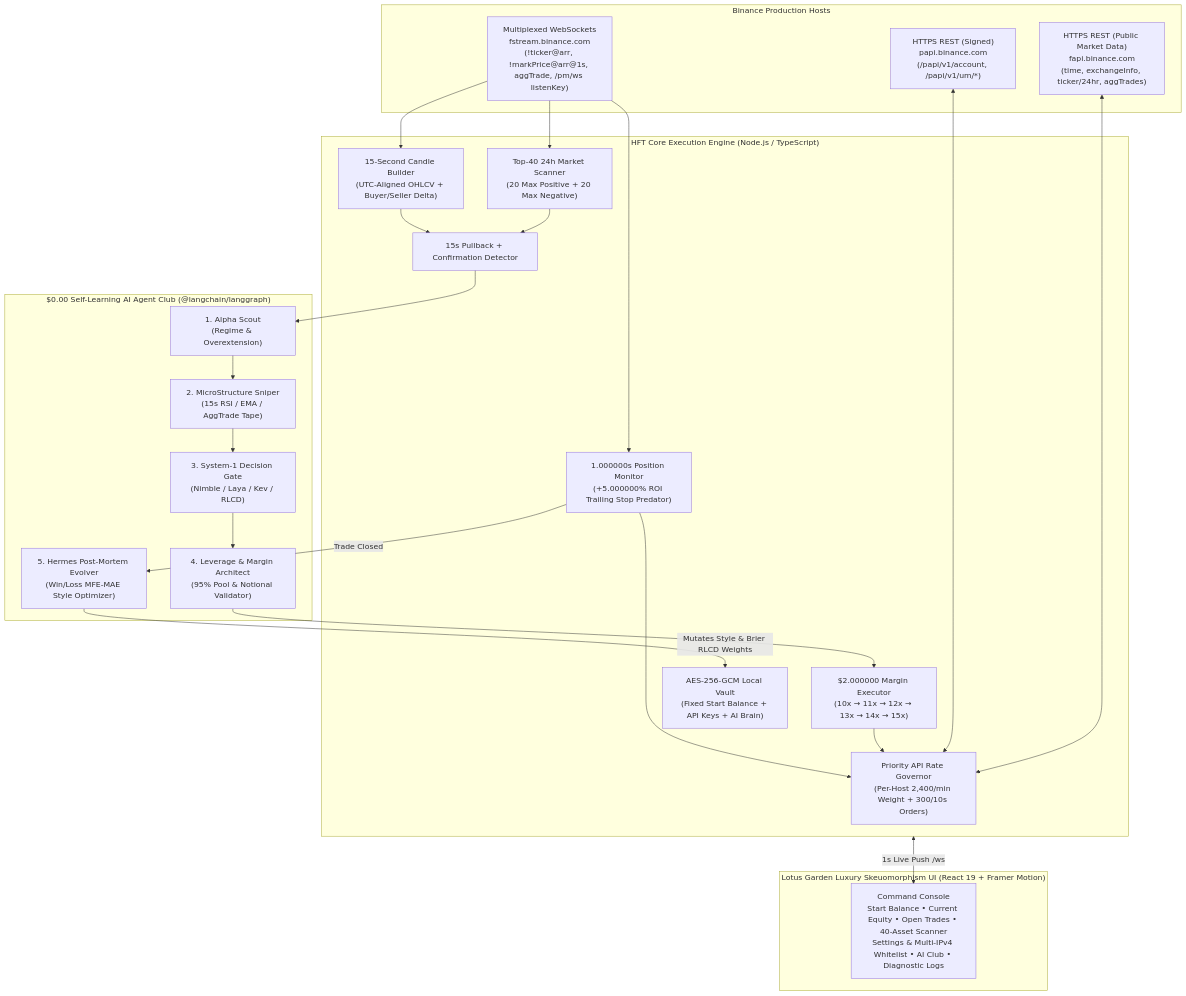
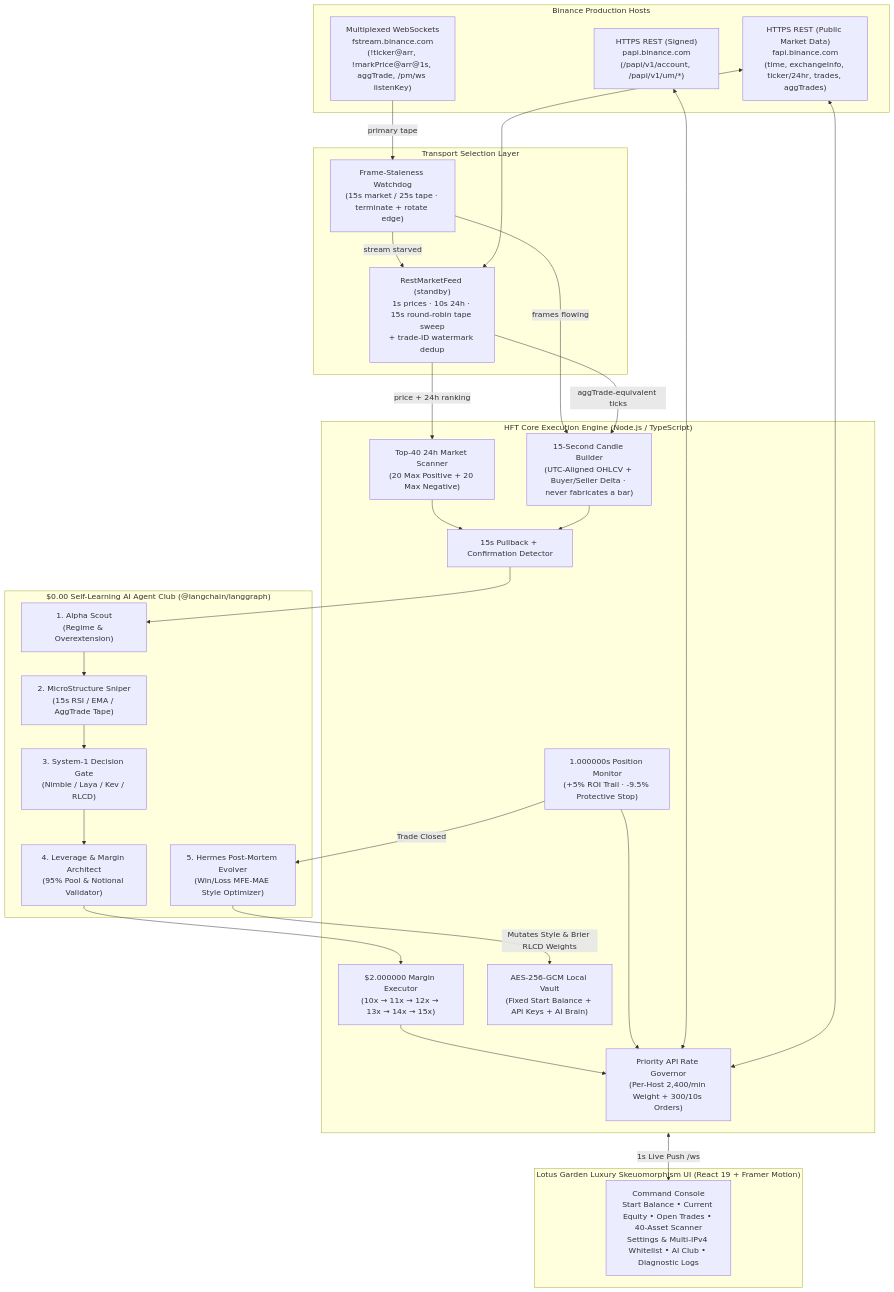
Before and after one commit to badalworld/hft: the diagram in README.md, drawn with Mermaid. The commit also changed other lines of this file and 7 other files, not shown here.

````diff
--- a/README.md
+++ b/README.md
@@ -61,44 +227,52 @@
 ```mermaid
 flowchart TB
     subgraph Binance["Binance Production Hosts"]
         PAPI["HTTPS REST (Signed)\npapi.binance.com\n(/papi/v1/account, /papi/v1/um/*)"]
-        FAPI["HTTPS REST (Public Market Data)\nfapi.binance.com\n(time, exchangeInfo, ticker/24hr, aggTrades)"]
+        FAPI["HTTPS REST (Public Market Data)\nfapi.binance.com\n(time, exchangeInfo, ticker/24hr, trades, aggTrades)"]
         FSTREAM["Multiplexed WebSockets\nfstream.binance.com\n(!ticker@arr, !markPrice@arr@1s, aggTrade, /pm/ws listenKey)"]
+    end
+
+    subgraph Feed["Transport Selection Layer"]
+        WD["Frame-Staleness Watchdog\n(15s market / 25s tape · terminate + rotate edge)"]
+        RMF["RestMarketFeed (standby)\n1s prices · 10s 24h · 15s round-robin tape sweep\n+ trade-ID watermark dedup"]
     end
 
     subgraph Engine["HFT Core Execution Engine (Node.js / TypeScript)"]
         GOV["Priority API Rate Governor\n(Per-Host 2,400/min Weight + 300/10s Orders)"]
-        CB15["15-Second Candle Builder\n(UTC-Aligned OHLCV + Buyer/Seller Delta)"]
+        CB15["15-Second Candle Builder\n(UTC-Aligned OHLCV + Buyer/Seller Delta · never fabricates a bar)"]
         SCAN40["Top-40 24h Market Scanner\n(20 Max Positive + 20 Max Negative)"]
         STRAT["15s Pullback + Confirmation Detector"]
         LADDER["$2.000000 Margin Executor\n(10x → 11x → 12x → 13x → 14x → 15x)"]
-        MON1S["1.000000s Position Monitor\n(+5.000000% ROI Trailing Stop Predator)"]
+        MON1S["1.000000s Position Monitor\n(+5% ROI Trail · -9.5% Protective Stop)"]
         VAULT["AES-256-GCM Local Vault\n(Fixed Start Balance + API Keys + AI Brain)"]
     end
 
     subgraph AIClub["$0.00 Self-Learning AI Agent Club (@langchain/langgraph)"]
         AG1["1. Alpha Scout\n(Regime & Overextension)"]
         AG2["2. MicroStructure Sniper\n(15s RSI / EMA / AggTrade Tape)"]
         AG3["3. System-1 Decision Gate\n(Nimble / Laya / Kev / RLCD)"]
         AG4["4. Leverage & Margin Architect\n(95% Pool & Notional Validator)"]
         AG5["5. Hermes Post-Mortem Evolver\n(Win/Loss MFE-MAE Style Optimizer)"]
     end
 
     subgraph Dashboard["Lotus Garden Luxury Skeuomorphism UI (React 19 + Framer Motion)"]
         UI["Command Console\nStart Balance • Current Equity • Open Trades • 40-Asset Scanner\nSettings & Multi-IPv4 Whitelist • AI Club • Diagnostic Logs"]
     end
 
-    FSTREAM --> CB15
-    FSTREAM --> SCAN40
-    FSTREAM --> MON1S
-    FAPI <--> GOV
-    PAPI <--> GOV
+    FSTREAM -->|primary tape| WD
+    WD -->|stream starved| RMF
+    WD -->|frames flowing| CB15
+    RMF -->|aggTrade-equivalent ticks| CB15
+    RMF -->|price + 24h ranking| SCAN40
+    FAPI <--> RMF
     SCAN40 --> STRAT
     CB15 --> STRAT
     STRAT --> AG1 --> AG2 --> AG3 --> AG4 --> LADDER
     LADDER --> GOV
     MON1S --> GOV
     MON1S -->|Trade Closed| AG5
     AG5 -->|Mutates Style & Brier RLCD Weights| VAULT
+    PAPI <--> GOV
+    FAPI <--> GOV
     Engine <-->|1s Live Push /ws| UI
 ```
````
